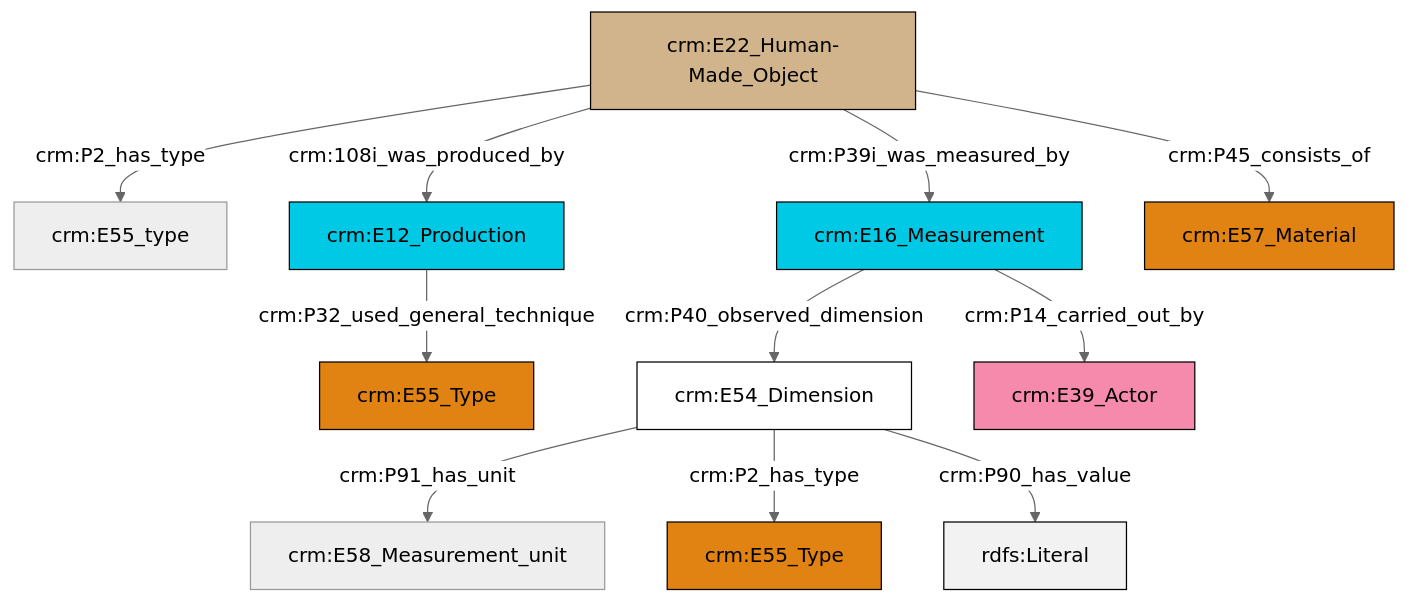
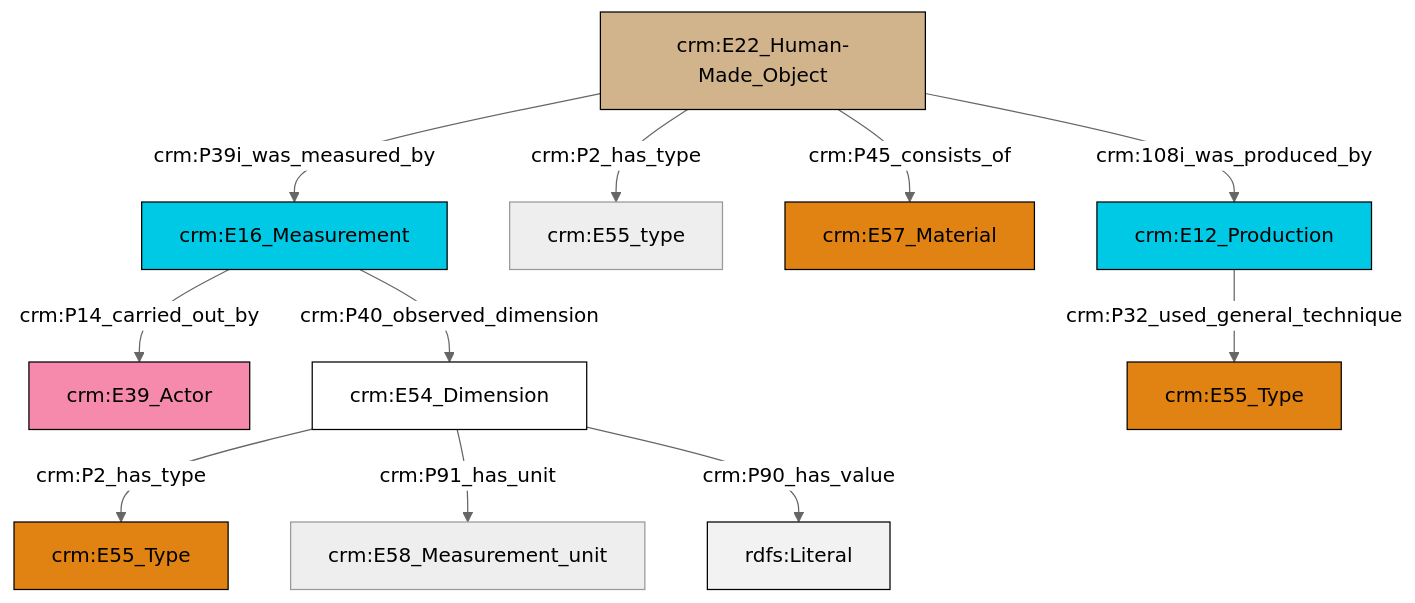
One commit to swiss-art-research-net/reference-data-models changed the diagram in et/artworkCSV/ttl/mmd/Artwork_substance.ttl.mmd. Above: the diagram before and after it, drawn with Mermaid (neutral theme). The commit also changed 128 other files, not shown here.

```diff
--- a/et/artworkCSV/ttl/mmd/Artwork_substance.ttl.mmd
+++ b/et/artworkCSV/ttl/mmd/Artwork_substance.ttl.mmd
@@ -1,25 +1,25 @@
 graph TD
 classDef Literal fill:#f2f2f2,stroke:#000000;
 classDef CRM_Entity fill:#FFFFFF,stroke:#000000;
 classDef Temporal_Entity fill:#00C9E6, stroke:#000000;
 classDef Type fill:#E18312, stroke:#000000;
 classDef Time-Span fill:#2C9C91, stroke:#000000;
 classDef Appellation fill:#FFEB7F, stroke:#000000;
 classDef Place fill:#008836, stroke:#000000;
 classDef Persistent_Item fill:#B266B2, stroke:#000000;
 classDef Conceptual_Object fill:#FFD700, stroke:#000000;
 classDef Physical_Thing fill:#D2B48C, stroke:#000000;
 classDef Actor fill:#f58aad, stroke:#000000;
 classDef PC_Classes fill:#4ce600, stroke:#000000;
 classDef Multi fill:#cccccc,stroke:#000000;
 
-0["crm:E22_Human-Made_Object"]:::Physical_Thing -->|crm:P2_has_type| 1["crm:E55_type"]:::Default
-2["crm:E12_Production"]:::Temporal_Entity -->|crm:P32_used_general_technique| 3["crm:E55_Type"]:::Type
-4["crm:E54_Dimension"]:::CRM_Entity -->|crm:P91_has_unit| 5["crm:E58_Measurement_unit"]:::Default
-9["crm:E16_Measurement"]:::Temporal_Entity -->|crm:P40_observed_dimension| 4["crm:E54_Dimension"]:::CRM_Entity
-4["crm:E54_Dimension"]:::CRM_Entity -->|crm:P2_has_type| 7["crm:E55_Type"]:::Type
-0["crm:E22_Human-Made_Object"]:::Physical_Thing -->|crm:P45_consists_of| 13["crm:E57_Material"]:::Type
-0["crm:E22_Human-Made_Object"]:::Physical_Thing -->|crm:P39i_was_measured_by| 9["crm:E16_Measurement"]:::Temporal_Entity
-0["crm:E22_Human-Made_Object"]:::Physical_Thing -->|crm:108i_was_produced_by| 2["crm:E12_Production"]:::Temporal_Entity
-4["crm:E54_Dimension"]:::CRM_Entity -->|crm:P90_has_value| 19[rdfs:Literal]:::Literal
-9["crm:E16_Measurement"]:::Temporal_Entity -->|crm:P14_carried_out_by| 15["crm:E39_Actor"]:::Actor
+0["crm:E22_Human-Made_Object"]:::Physical_Thing -->|crm:P39i_was_measured_by| 1["crm:E16_Measurement"]:::Temporal_Entity
+0["crm:E22_Human-Made_Object"]:::Physical_Thing -->|crm:P2_has_type| 2["crm:E55_type"]:::Default
+0["crm:E22_Human-Made_Object"]:::Physical_Thing -->|crm:P45_consists_of| 9["crm:E57_Material"]:::Type
+5["crm:E54_Dimension"]:::CRM_Entity -->|crm:P2_has_type| 7["crm:E55_Type"]:::Type
+1["crm:E16_Measurement"]:::Temporal_Entity -->|crm:P14_carried_out_by| 3["crm:E39_Actor"]:::Actor
+5["crm:E54_Dimension"]:::CRM_Entity -->|crm:P91_has_unit| 15["crm:E58_Measurement_unit"]:::Default
+1["crm:E16_Measurement"]:::Temporal_Entity -->|crm:P40_observed_dimension| 5["crm:E54_Dimension"]:::CRM_Entity
+0["crm:E22_Human-Made_Object"]:::Physical_Thing -->|crm:108i_was_produced_by| 10["crm:E12_Production"]:::Temporal_Entity
+5["crm:E54_Dimension"]:::CRM_Entity -->|crm:P90_has_value| 20[rdfs:Literal]:::Literal
+10["crm:E12_Production"]:::Temporal_Entity -->|crm:P32_used_general_technique| 17["crm:E55_Type"]:::Type
```
